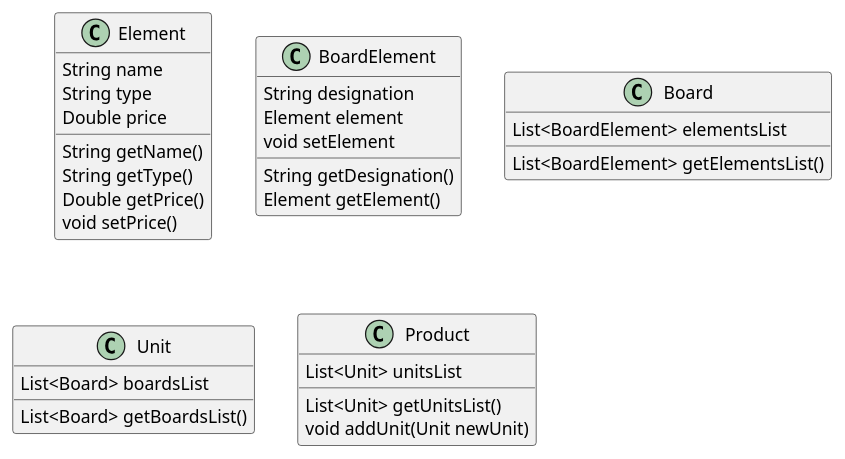
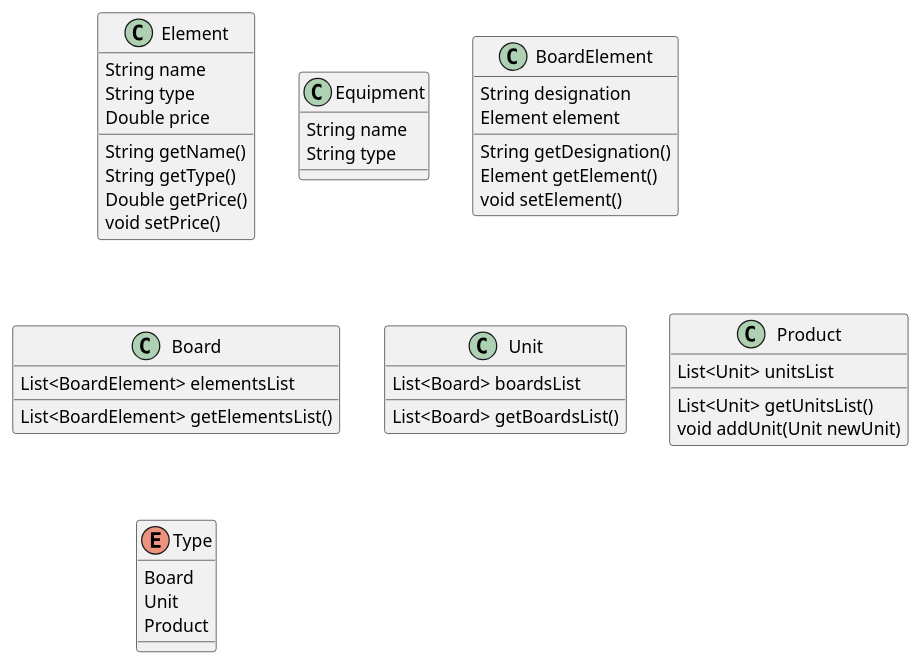
Before and after one commit to BajanovVladimir/accountingOfServiceWorks: the diagram in src/main/java/ASWUMLClasses.puml, drawn with PlantUML. The commit also changed 2 other files, not shown here.

Commit message:
Changed UML diagram. I configured the project in build.gradle

```diff
--- a/src/main/java/ASWUMLClasses.puml
+++ b/src/main/java/ASWUMLClasses.puml
@@ -1,36 +1,47 @@
 @startuml
 'https://plantuml.com/class-diagram
 Class Element{
  String name
  String type
  Double price
  String getName()
  String getType()
  Double getPrice()
  void setPrice()
 }
 
+Class Equipment{
+  String name
+  String type
+}
+
 Class BoardElement{
  String designation
  Element element
  String getDesignation()
  Element getElement()
- void setElement
+ void setElement()
 }
 
 Class Board{
  List<BoardElement> elementsList
  List<BoardElement> getElementsList()
 }
 
 Class Unit{
  List<Board> boardsList
  List<Board> getBoardsList()
 }
 
 Class Product{
  List<Unit> unitsList
  List<Unit> getUnitsList()
  void addUnit(Unit newUnit)
 }
+
+Enum Type{
+ Board
+ Unit
+ Product
+}
 @enduml
```
